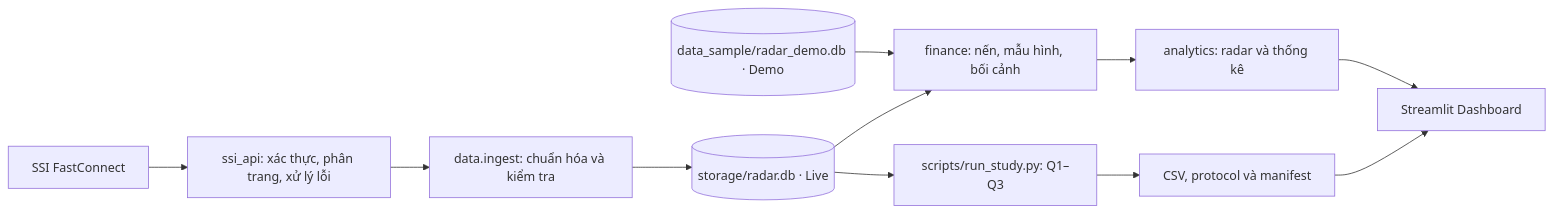
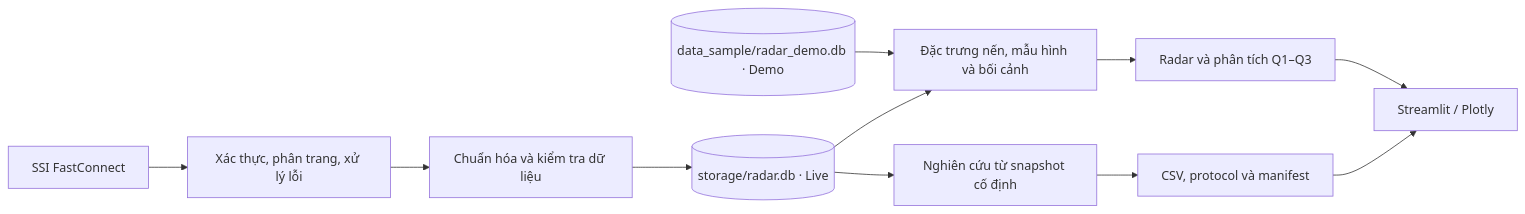
One commit to Kieuhttk/vn30-candlestick-radar changed the diagram in README.md. Above: the diagram before and after it, drawn with Mermaid. The commit also changed other lines of this file and 1 other file, not shown here.

````diff
--- a/README.md
+++ b/README.md
@@ -55,13 +63,13 @@
 ```mermaid
 flowchart LR
-    SSI["SSI FastConnect"] --> API["ssi_api: xác thực, phân trang, xử lý lỗi"]
-    API --> INGEST["data.ingest: chuẩn hóa và kiểm tra"]
-    INGEST --> DB[("storage/radar.db · Live")]
+    SSI["SSI FastConnect"] --> API["Xác thực, phân trang, xử lý lỗi"]
+    API --> INGEST["Chuẩn hóa và kiểm tra dữ liệu"]
+    INGEST --> LIVE[("storage/radar.db · Live")]
     DEMO[("data_sample/radar_demo.db · Demo")] --> FIN
-    DB --> FIN["finance: nến, mẫu hình, bối cảnh"]
-    FIN --> ANA["analytics: radar và thống kê"]
-    ANA --> UI["Streamlit Dashboard"]
-    DB --> STUDY["scripts/run_study.py: Q1–Q3"]
+    LIVE --> FIN["Đặc trưng nến, mẫu hình và bối cảnh"]
+    FIN --> ANA["Radar và phân tích Q1–Q3"]
+    ANA --> UI["Streamlit / Plotly"]
+    LIVE --> STUDY["Nghiên cứu từ snapshot cố định"]
     STUDY --> RESULTS["CSV, protocol và manifest"]
     RESULTS --> UI
 ```
````
